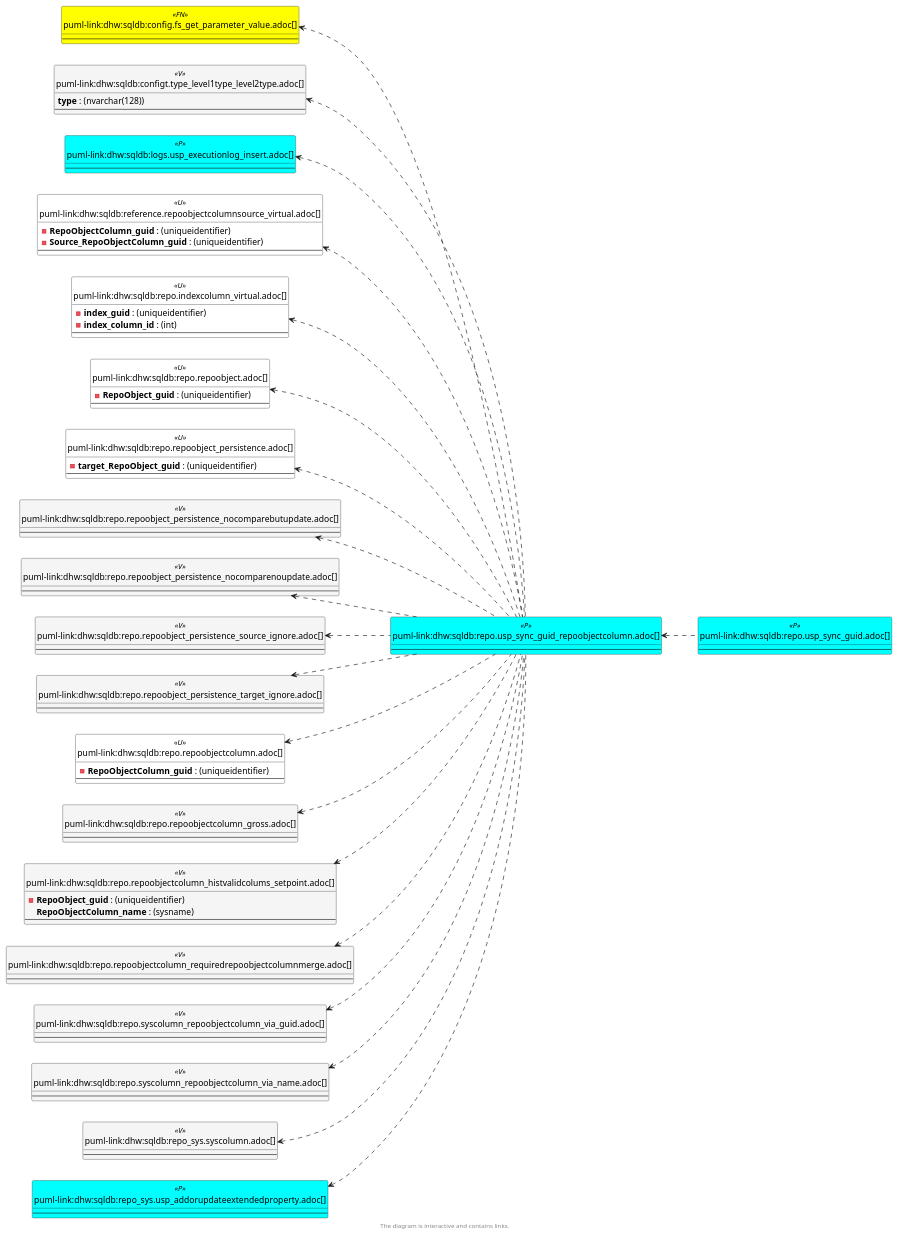
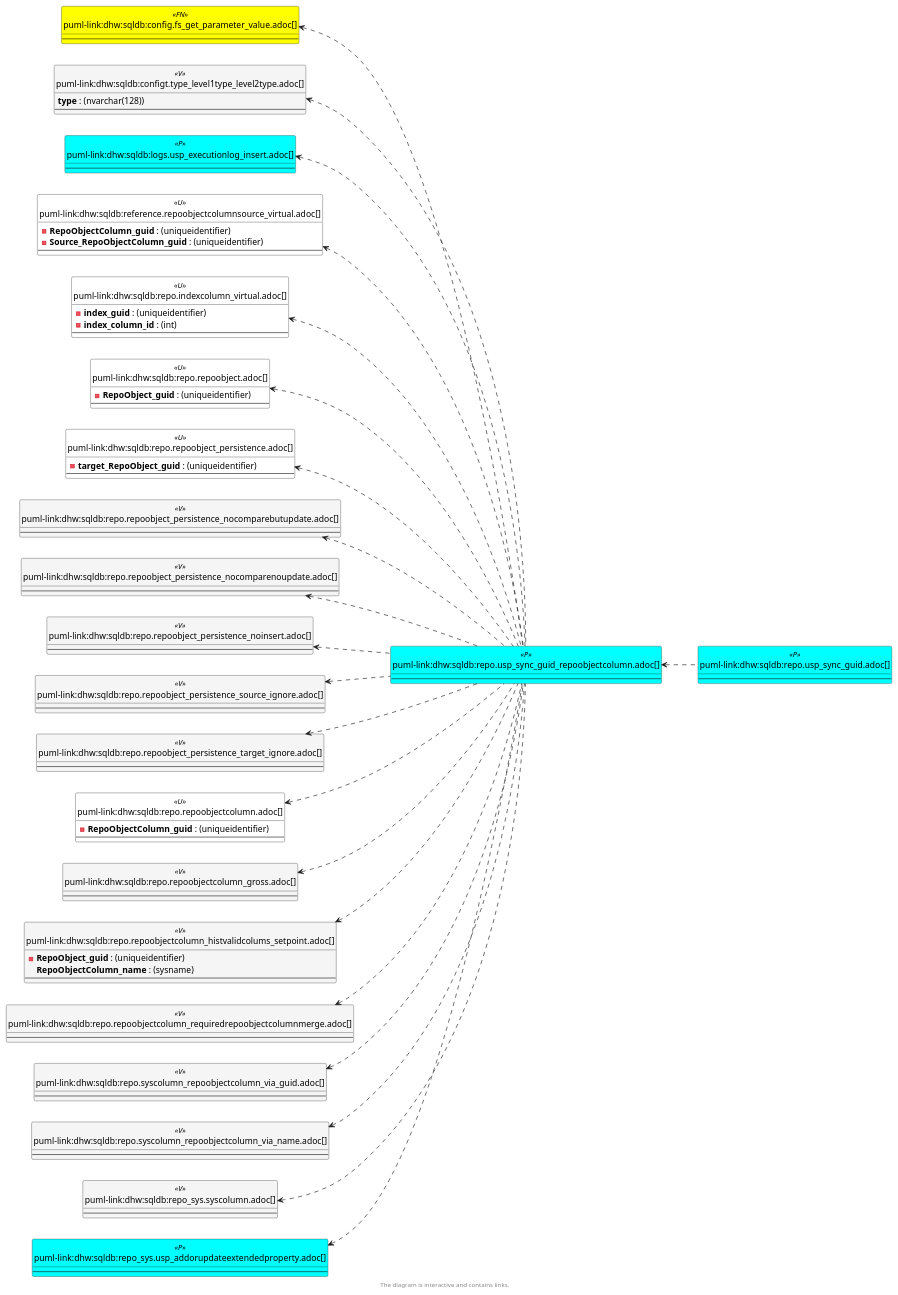
The third of 6 diagrams in docs/modules/sqldb/partials/content/repo.usp_sync_guid_repoobjectcolumn.adoc (DataHandwerk/dhw-antora-sqldb), drawn with PlantUML before and after one commit. The commit also changed other lines of this file and 701 other files, not shown here.

```diff
--- a/docs/modules/sqldb/partials/content/repo.usp_sync_guid_repoobjectcolumn.adoc
+++ b/docs/modules/sqldb/partials/content/repo.usp_sync_guid_repoobjectcolumn.adoc
@@ -2727,6 +2762,10 @@
   --
 }
 
+entity "puml-link:dhw:sqldb:repo.repoobject_persistence_noinsert.adoc[]" as repo.RepoObject_persistence_NoInsert << V >> {
+  --
+}
+
 entity "puml-link:dhw:sqldb:repo.repoobject_persistence_source_ignore.adoc[]" as repo.RepoObject_persistence_source_Ignore << V >> {
   --
 }
@@ -2787,6 +2826,7 @@
 repo.RepoObject_persistence <.. repo.usp_sync_guid_RepoObjectColumn
 repo.RepoObject_persistence_NoCompareButUpdate <.. repo.usp_sync_guid_RepoObjectColumn
 repo.RepoObject_persistence_NoCompareNoUpdate <.. repo.usp_sync_guid_RepoObjectColumn
+repo.RepoObject_persistence_NoInsert <.. repo.usp_sync_guid_RepoObjectColumn
 repo.RepoObject_persistence_source_Ignore <.. repo.usp_sync_guid_RepoObjectColumn
 repo.RepoObject_persistence_target_Ignore <.. repo.usp_sync_guid_RepoObjectColumn
 repo.RepoObjectColumn <.. repo.usp_sync_guid_RepoObjectColumn
```
